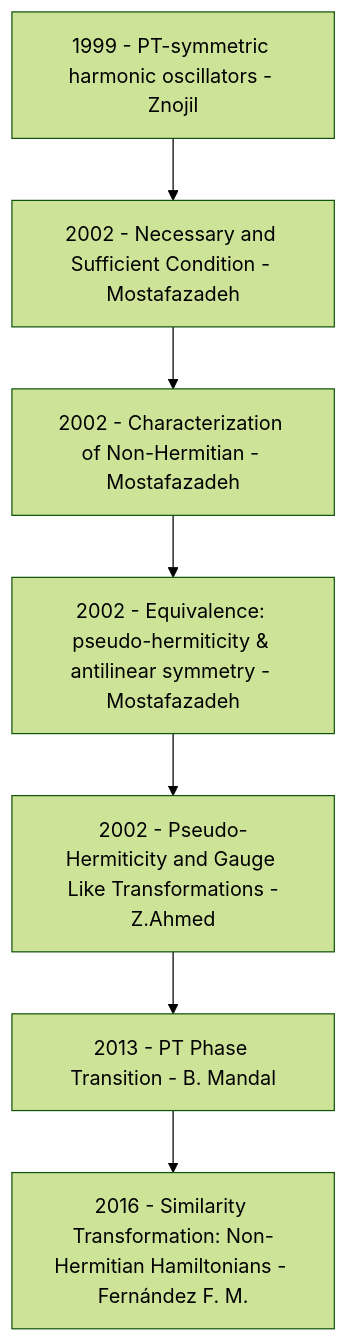
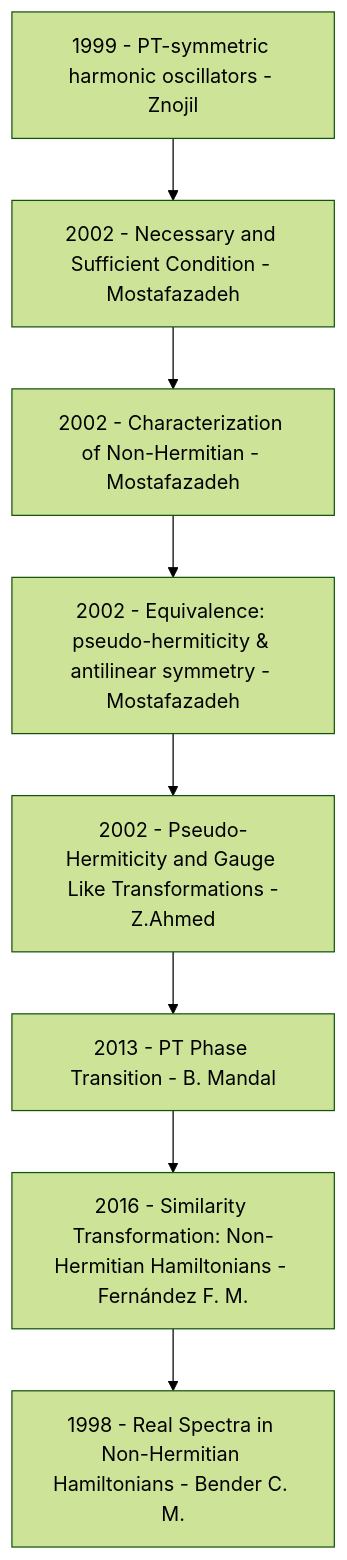
Before and after one commit to rajeshphy/research: the diagram in _posts/2024-08-15-PT-Symmetry.markdown, drawn with Mermaid (forest theme).

Commit message:
Bender Paper added

```diff
--- a/_posts/2024-08-15-PT-Symmetry.markdown
+++ b/_posts/2024-08-15-PT-Symmetry.markdown
@@ -19,35 +19,41 @@
 <div class="mermaid">
 graph TD;
 
     A[1999 - PT-symmetric harmonic oscillators - Znojil]
     A1[2002 - Necessary and Sufficient Condition - Mostafazadeh]
     A2[2002 - Characterization of Non-Hermitian - Mostafazadeh]
     A3[2002 - Equivalence: pseudo-hermiticity & antilinear symmetry - Mostafazadeh]
     
     B[2002 - Pseudo-Hermiticity and Gauge Like Transformations -Z.Ahmed]
 
     C[2013 - PT Phase Transition - B. Mandal]
 
         
     D[2016 - Similarity Transformation: Non-Hermitian Hamiltonians - Fernández F. M.]
 
+    E[1998 - Real Spectra in Non-Hermitian Hamiltonians - Bender C. M.]
+
 
 
     A-->A1-->A2; A2-->A3; A3-->B;
-    B-->C; C-->D;
+    B-->C; C-->D; D-->E;
 
 
     click A "{{ site.PAPERS-ORG }}/PAPERS-ORG/PT-Symmetry/1999-znojil.pdf";
     click A1 "{{ site.PAPERS-ORG }}/PAPERS-ORG/PT-Symmetry/2002-Necessary-Sufficient-Condition-Mostafazadeh.pdf";
     click A2 "{{ site.PAPERS-ORG }}/PAPERS-ORG/PT-Symmetry/2002-Characterization-Non-Hermitian-Mostafazadeh.pdf";
     click A3 "{{ site.PAPERS-ORG }}/PAPERS-ORG/PT-Symmetry/2002-Equivalence-Pseudo-Hermiticity-Antilinear-Symmetries-Mostafazadeh.pdf";
 
     click B "{{ site.PAPERS-ORG }}/PAPERS-ORG/PT-Symmetry/2002-Pseudo-Hermiticity-Gauge-Like-Transformations-Ahmed.pdf";
 
     click C "{{ site.PAPERS-ORG }}/PAPERS-ORG/PT-Symmetry/2013-PT-Phase-Transition-Mandal.pdf";
 
     click D "{{ site.PAPERS-ORG }}/PAPERS-ORG/PT-Symmetry/2016-Similarity-Transformation-Fernandez.pdf";
 
+    click E "{{ site.PAPERS-ORG }}/PAPERS-ORG/PT-Symmetry/bender1998.pdf";
+
+
+
 
 
 </div>
```
